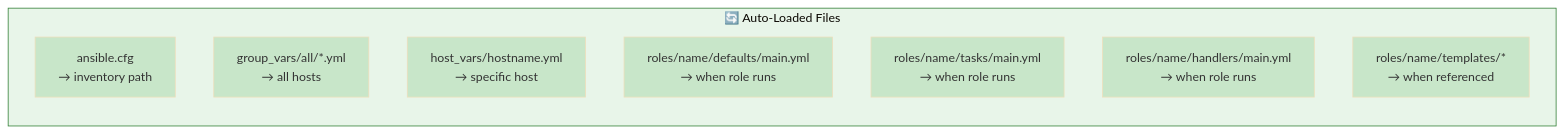
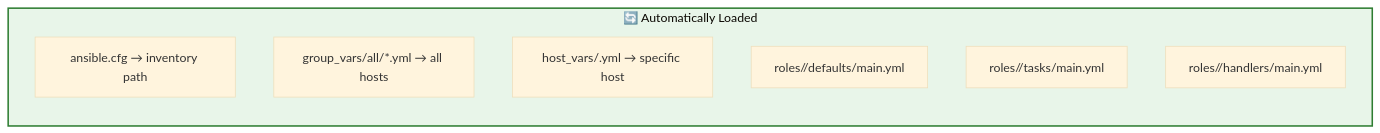
Before and after one commit to bashfulrobot/desktoperator: the third of 5 diagrams in docs/ansible-architecture.md, drawn with Mermaid (base theme). The commit also changed other lines of this file, not shown here.

Commit message:
Simplify ansible-architecture.md to focus on concepts over exhaustive documentation

````diff
--- a/docs/ansible-architecture.md
+++ b/docs/ansible-architecture.md
@@ -45,22 +70,14 @@
 ```mermaid
 graph LR
-    subgraph Auto["🔄 Auto-Loaded Files"]
+    subgraph Auto["🔄 Automatically Loaded"]
         direction TB
-        A1[ansible.cfg<br/>→ inventory path]
-        A2[group_vars/all/*.yml<br/>→ all hosts]
-        A3[host_vars/hostname.yml<br/>→ specific host]
-        A4[roles/name/defaults/main.yml<br/>→ when role runs]
-        A5[roles/name/tasks/main.yml<br/>→ when role runs]
-        A6[roles/name/handlers/main.yml<br/>→ when role runs]
-        A7[roles/name/templates/*<br/>→ when referenced]
+        A1["ansible.cfg → inventory path"]
+        A2["group_vars/all/*.yml → all hosts"]
+        A3["host_vars/<name>.yml → specific host"]
+        A4["roles/<name>/defaults/main.yml"]
+        A5["roles/<name>/tasks/main.yml"]
+        A6["roles/<name>/handlers/main.yml"]
     end
     
-    style Auto fill:#e8f5e9,stroke:#2e7d32
-    style A1 fill:#c8e6c9
-    style A2 fill:#c8e6c9
-    style A3 fill:#c8e6c9
-    style A4 fill:#c8e6c9
-    style A5 fill:#c8e6c9
-    style A6 fill:#c8e6c9
-    style A7 fill:#c8e6c9
+    style Auto fill:#e8f5e9,stroke:#2e7d32,stroke-width:2px
 ```
````
